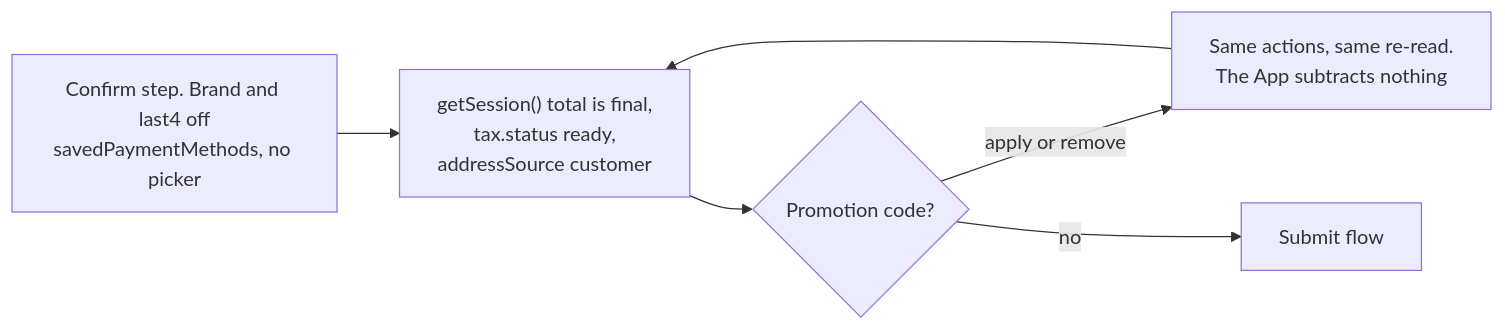
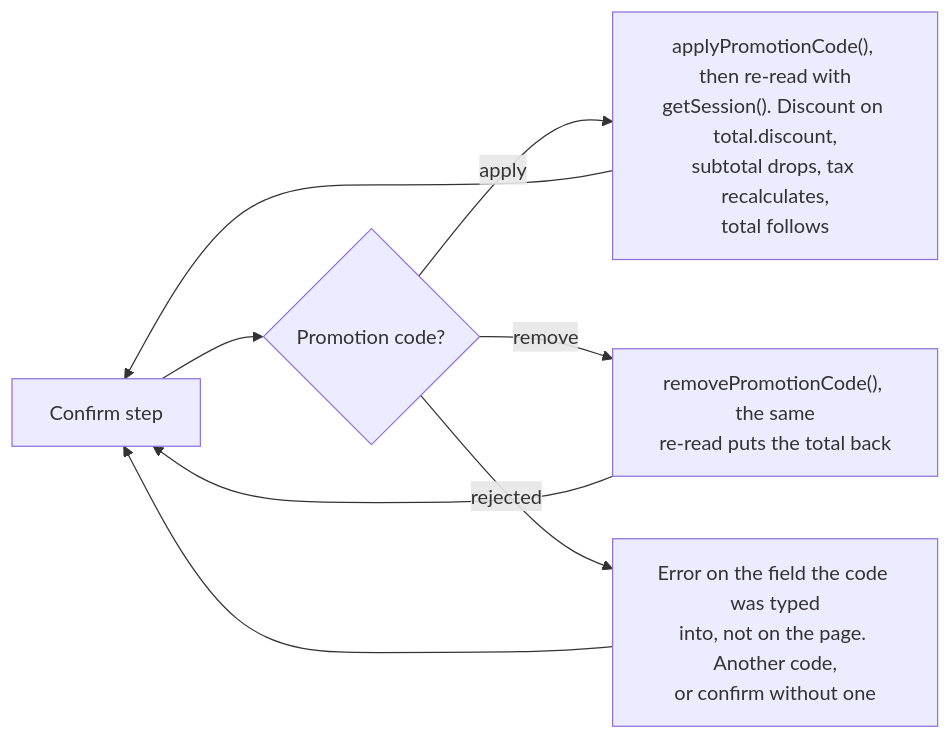
One commit to websanova/starter-flows changed the second of 2 diagrams in public/specs/flows/subscription/stripe/Create2UserAction.md. Above: the diagram before and after it, drawn with Mermaid.

Commit message:
Update create phase 2 diagrams (separate promo codes logic).

````diff
--- a/public/specs/flows/subscription/stripe/Create2UserAction.md
+++ b/public/specs/flows/subscription/stripe/Create2UserAction.md
@@ -70,8 +64,10 @@
 ```mermaid
 flowchart LR
-    M1["Confirm step. Brand and last4 off<br/>savedPaymentMethods, no picker"] --> M2["getSession() total is final,<br/>tax.status ready,<br/>addressSource customer"]
-    M2 --> M3{Promotion code?}
-    M3 -->|apply or remove| M4["Same actions, same re-read.<br/>The App subtracts nothing"]
-    M4 --> M2
-    M3 -->|no| N[Submit flow]
+    M["Confirm step"] --> P1{Promotion code?}
+    P1 -->|apply| P2["applyPromotionCode(), then re-read with<br/>getSession(). Discount on total.discount,<br/>subtotal drops, tax recalculates,<br/>total follows"]
+    P1 -->|remove| P3["removePromotionCode(), the same<br/>re-read puts the total back"]
+    P1 -->|rejected| P4[Error on the field the code was typed<br/>into, not on the page. Another code,<br/>or confirm without one]
+    P2 --> M
+    P3 --> M
+    P4 --> M
 ```
````
